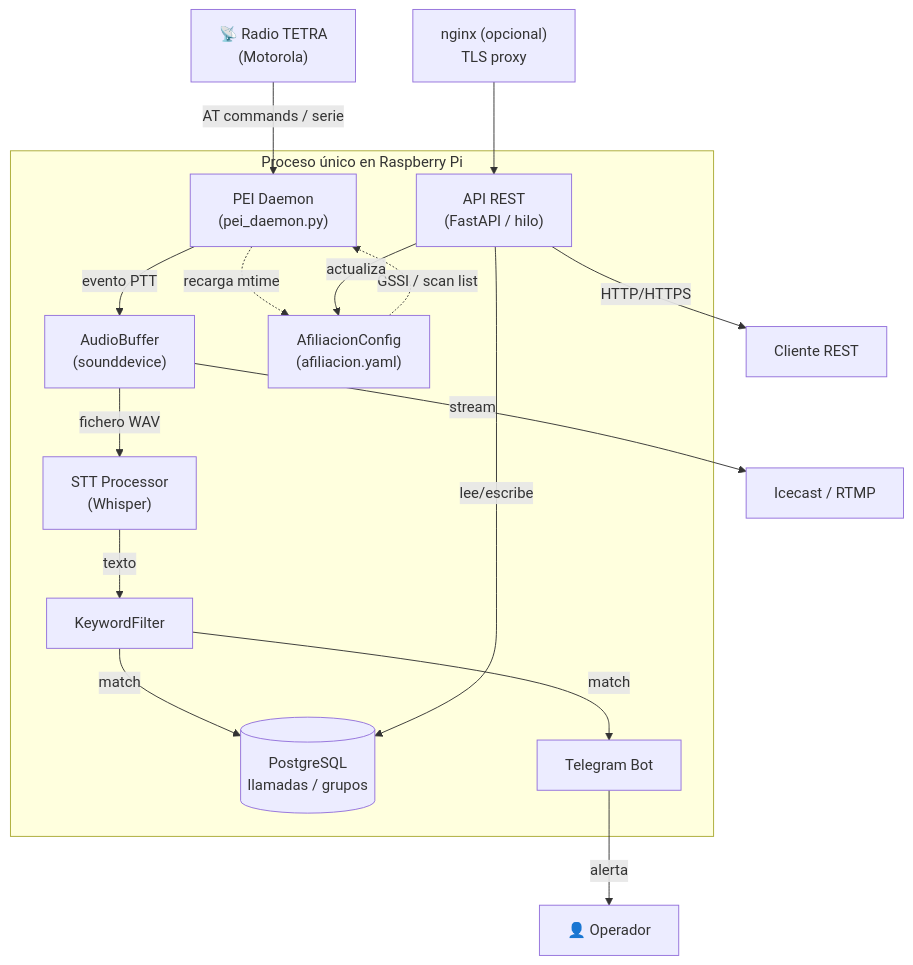
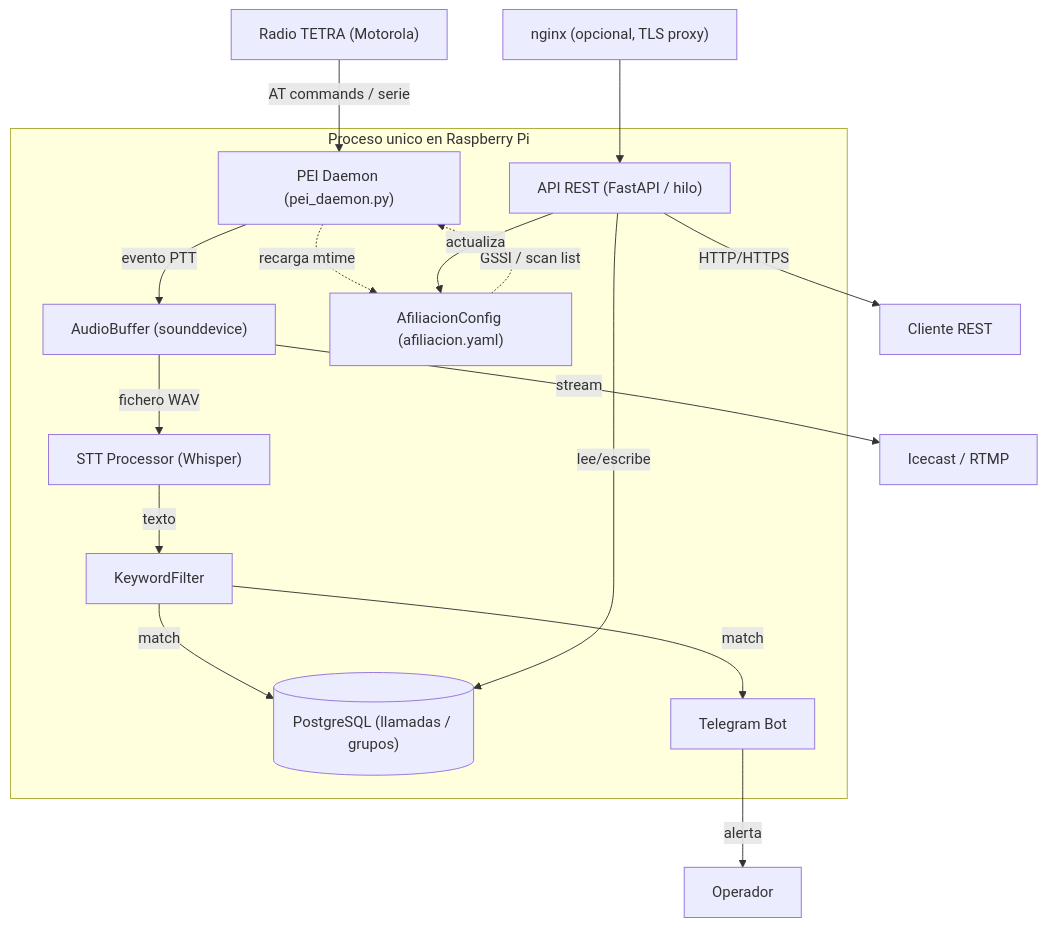
One commit to lluisasturies/tetra-monitor changed the diagram in README.md. Above: the diagram before and after it, drawn with Mermaid. The commit also changed other lines of this file and 6 other files, not shown here.

Commit message:
config: add afiliacion/grupos .example files, make init target, update README

````diff
--- a/README.md
+++ b/README.md
@@ -23,23 +23,23 @@
 ```mermaid
 flowchart TD
-    RADIO["📡 Radio TETRA\n(Motorola)"] -->|AT commands / serie| PEI
+    RADIO["Radio TETRA (Motorola)"] -->|AT commands / serie| PEI
 
-    subgraph PROCESO["Proceso único en Raspberry Pi"]
-        PEI["PEI Daemon\n(pei_daemon.py)"] -->|evento PTT| AUDIO
-        AUDIO["AudioBuffer\n(sounddevice)"] -->|fichero WAV| STT
-        STT["STT Processor\n(Whisper)"] -->|texto| KF
+    subgraph PROCESO["Proceso unico en Raspberry Pi"]
+        PEI["PEI Daemon (pei_daemon.py)"] -->|evento PTT| AUDIO
+        AUDIO["AudioBuffer (sounddevice)"] -->|fichero WAV| STT
+        STT["STT Processor (Whisper)"] -->|texto| KF
         KF["KeywordFilter"] -->|match| DB
         KF -->|match| BOT
         PEI -.->|recarga mtime| AFIL
-        AFIL["AfiliacionConfig\n(afiliacion.yaml)"] -.->|GSSI / scan list| PEI
+        AFIL["AfiliacionConfig (afiliacion.yaml)"] -.->|GSSI / scan list| PEI
 
-        API["API REST\n(FastAPI / hilo)"] -->|lee/escribe| DB
+        API["API REST (FastAPI / hilo)"] -->|lee/escribe| DB
         API -->|actualiza| AFIL
     end
 
-    DB[("PostgreSQL\nllamadas / grupos")]
-    BOT["Telegram Bot"] -->|alerta| USER["👤 Operador"]
+    DB[("PostgreSQL (llamadas / grupos)")]
+    BOT["Telegram Bot"] -->|alerta| USER["Operador"]
     AUDIO -->|stream| ICE["Icecast / RTMP"]
     API -->|HTTP/HTTPS| CLIENT["Cliente REST"]
-    NGINX["nginx (opcional)\nTLS proxy"] --> API
+    NGINX["nginx (opcional, TLS proxy)"] --> API
 ```
````
